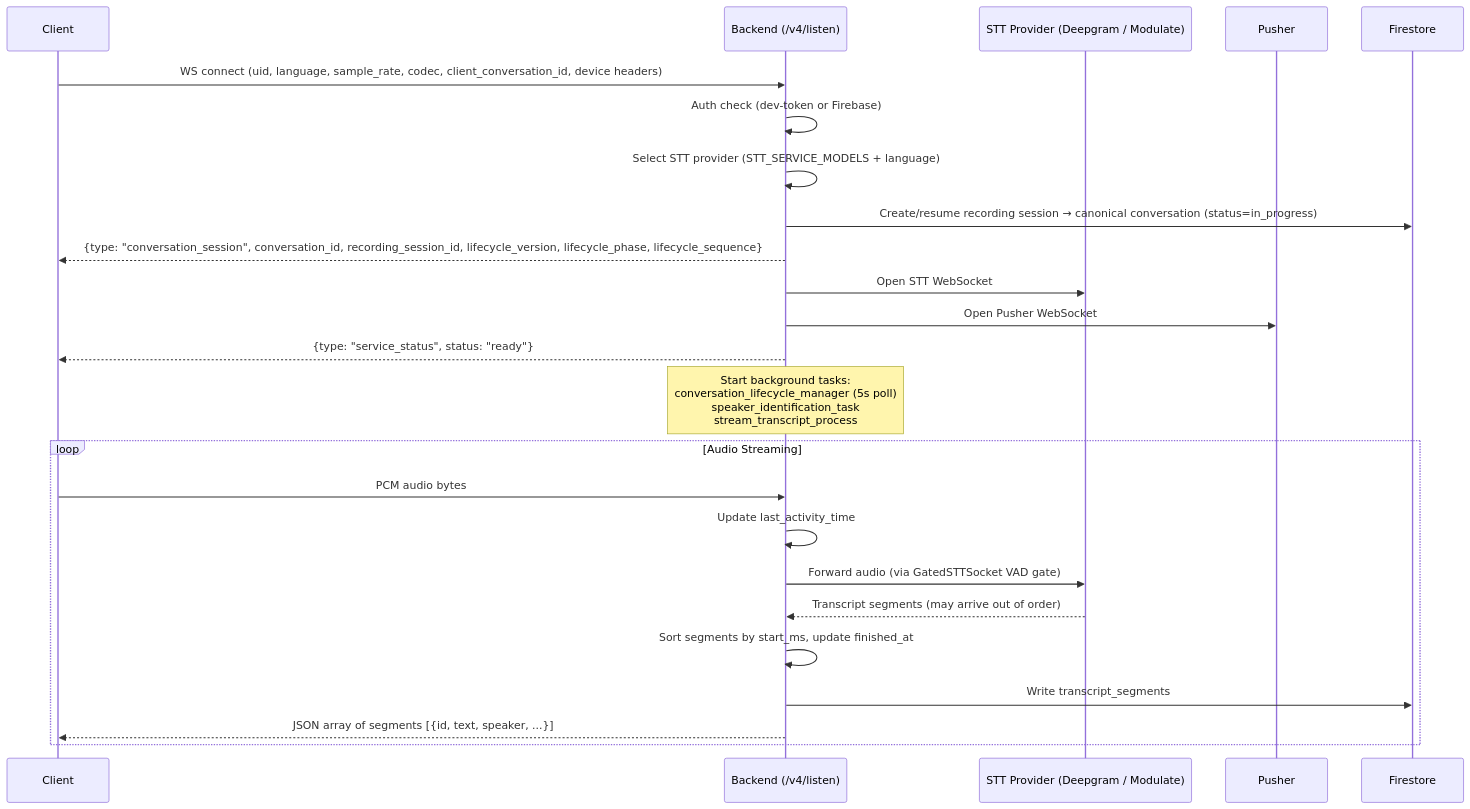
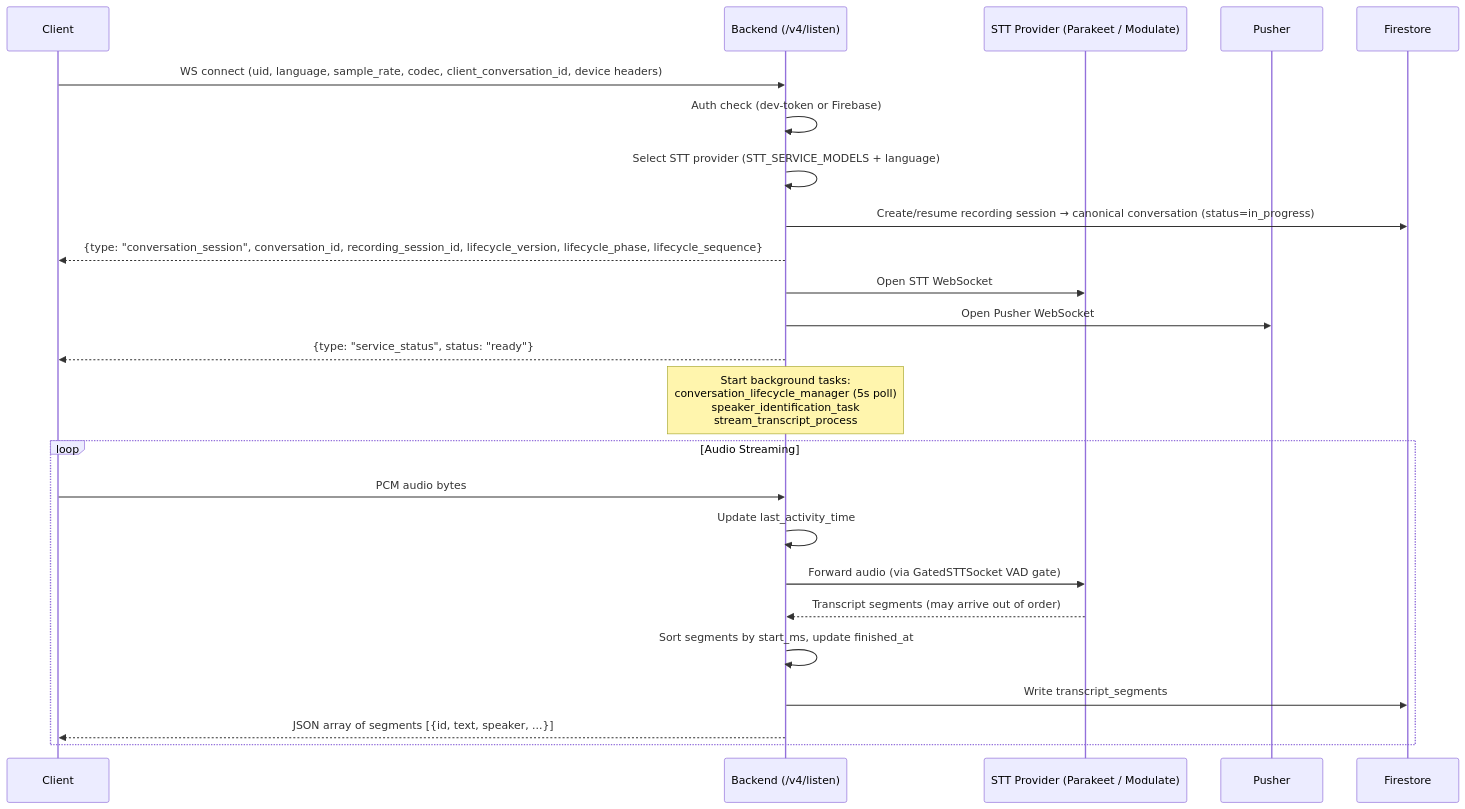
Before and after one commit to BasedHardware/omi: the first of 8 diagrams in docs/doc/developer/backend/listen_pusher_pipeline.mdx, drawn with Mermaid. The commit also changed other lines of this file and 528 other files, not shown here.

````diff
--- a/docs/doc/developer/backend/listen_pusher_pipeline.mdx
+++ b/docs/doc/developer/backend/listen_pusher_pipeline.mdx
@@ -91,29 +91,29 @@
 ```mermaid
 sequenceDiagram
     participant Client
     participant Backend as Backend (/v4/listen)
-    participant STT as STT Provider (Deepgram / Modulate)
+    participant STT as STT Provider (Parakeet / Modulate)
     participant Pusher
     participant Firestore
 
     Client->>Backend: WS connect (uid, language, sample_rate, codec, client_conversation_id, device headers)
     Backend->>Backend: Auth check (dev-token or Firebase)
     Backend->>Backend: Select STT provider (STT_SERVICE_MODELS + language)
     Backend->>Firestore: Create/resume recording session → canonical conversation (status=in_progress)
     Backend-->>Client: {type: "conversation_session", conversation_id, recording_session_id, lifecycle_version, lifecycle_phase, lifecycle_sequence}
     Backend->>STT: Open STT WebSocket
     Backend->>Pusher: Open Pusher WebSocket
     Backend-->>Client: {type: "service_status", status: "ready"}
 
     Note over Backend: Start background tasks:<br/>conversation_lifecycle_manager (5s poll)<br/>speaker_identification_task<br/>stream_transcript_process
 
     loop Audio Streaming
         Client->>Backend: PCM audio bytes
         Backend->>Backend: Update last_activity_time
         Backend->>STT: Forward audio (via GatedSTTSocket VAD gate)
         STT-->>Backend: Transcript segments (may arrive out of order)
         Backend->>Backend: Sort segments by start_ms, update finished_at
         Backend->>Firestore: Write transcript_segments
         Backend-->>Client: JSON array of segments [{id, text, speaker, ...}]
     end
 ```
````
